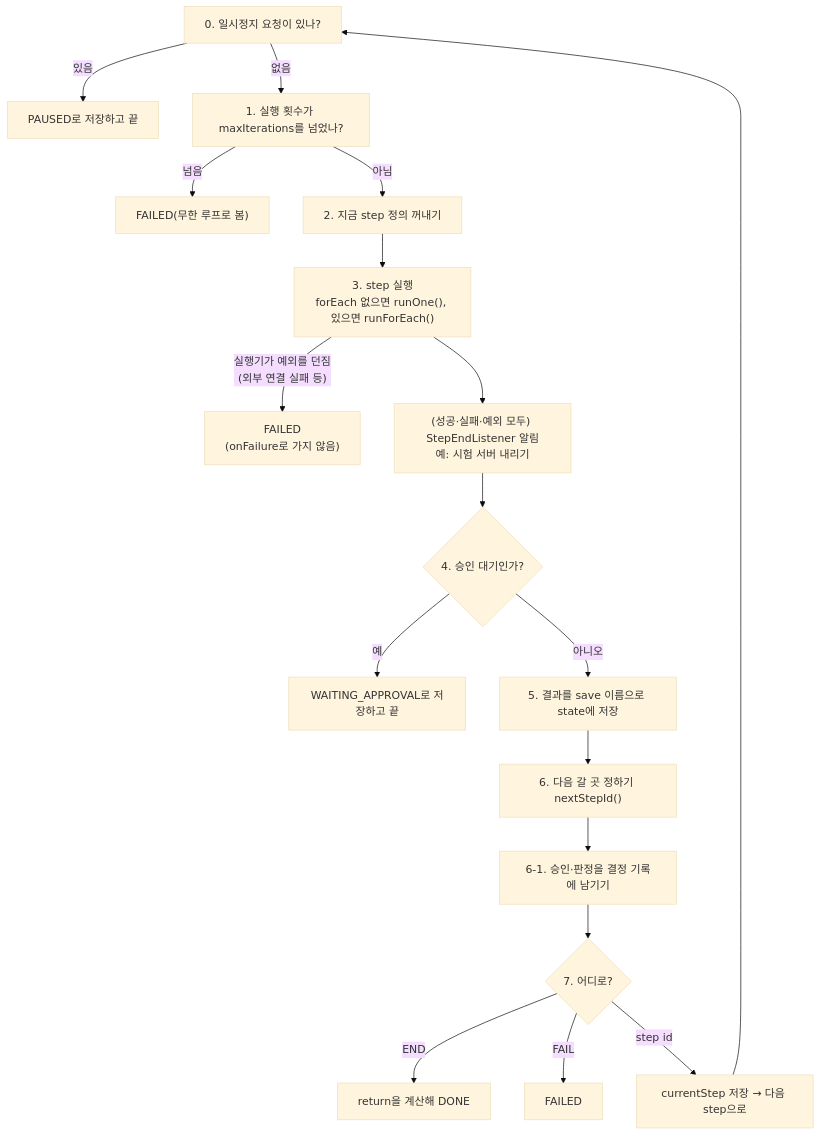
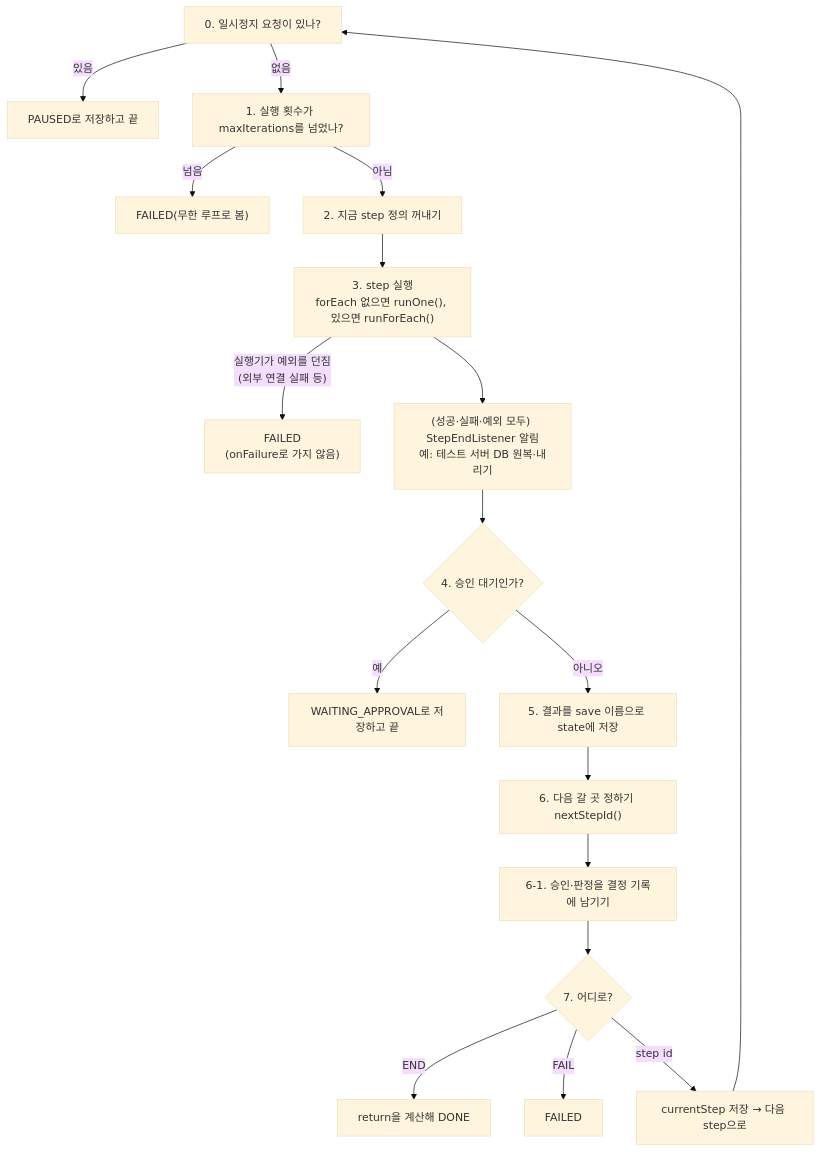
Before and after one commit to YongSoekChoeng/dstone: the third of 7 diagrams in docs/09.dstone-ai-engine-workflow.md, drawn with Mermaid (base theme). The commit also changed other lines of this file and 55 other files, not shown here.

````diff
--- a/docs/09.dstone-ai-engine-workflow.md
+++ b/docs/09.dstone-ai-engine-workflow.md
@@ -285,19 +285,19 @@
 ```mermaid
 flowchart TD
     S0["0. 일시정지 요청이 있나?"] -->|있음| P["PAUSED로 저장하고 끝"]
     S0 -->|없음| S1["1. 실행 횟수가 maxIterations를 넘었나?"]
     S1 -->|넘음| F1["FAILED(무한 루프로 봄)"]
     S1 -->|아님| S2["2. 지금 step 정의 꺼내기"]
     S2 --> S3["3. step 실행<br/>forEach 없으면 runOne(), 있으면 runForEach()"]
     S3 -->|"실행기가 예외를 던짐<br/>(외부 연결 실패 등)"| F2["FAILED<br/>(onFailure로 가지 않음)"]
-    S3 --> E["(성공·실패·예외 모두) StepEndListener 알림<br/>예: 시험 서버 내리기"]
+    S3 --> E["(성공·실패·예외 모두) StepEndListener 알림<br/>예: 테스트 서버 DB 원복·내리기"]
     E --> S4{"4. 승인 대기인가?"}
     S4 -->|예| W["WAITING_APPROVAL로 저장하고 끝"]
     S4 -->|아니오| S5["5. 결과를 save 이름으로 state에 저장"]
     S5 --> S6["6. 다음 갈 곳 정하기 nextStepId()"]
     S6 --> S61["6-1. 승인·판정을 결정 기록에 남기기"]
     S61 --> S7{"7. 어디로?"}
     S7 -->|END| D["return을 계산해 DONE"]
     S7 -->|FAIL| F3["FAILED"]
     S7 -->|step id| N["currentStep 저장 → 다음 step으로"] --> S0
 ```
````
